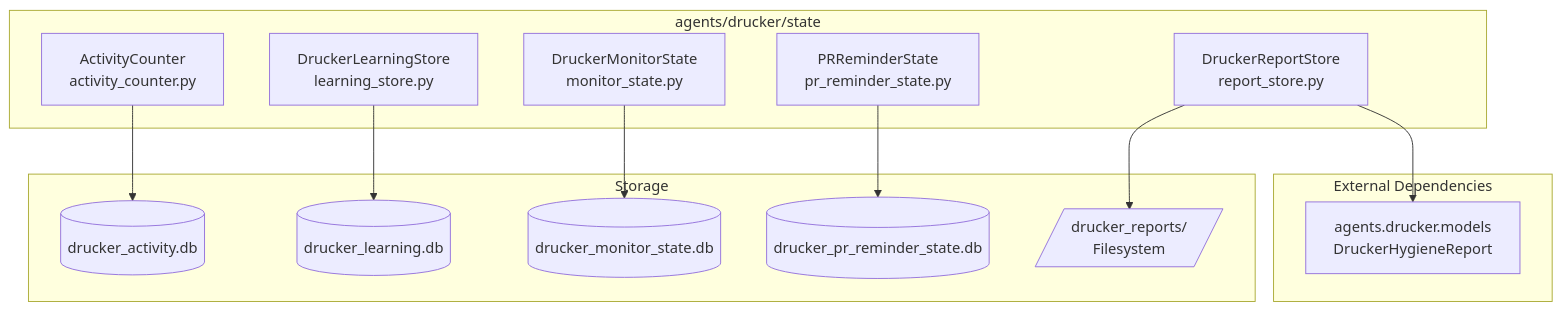
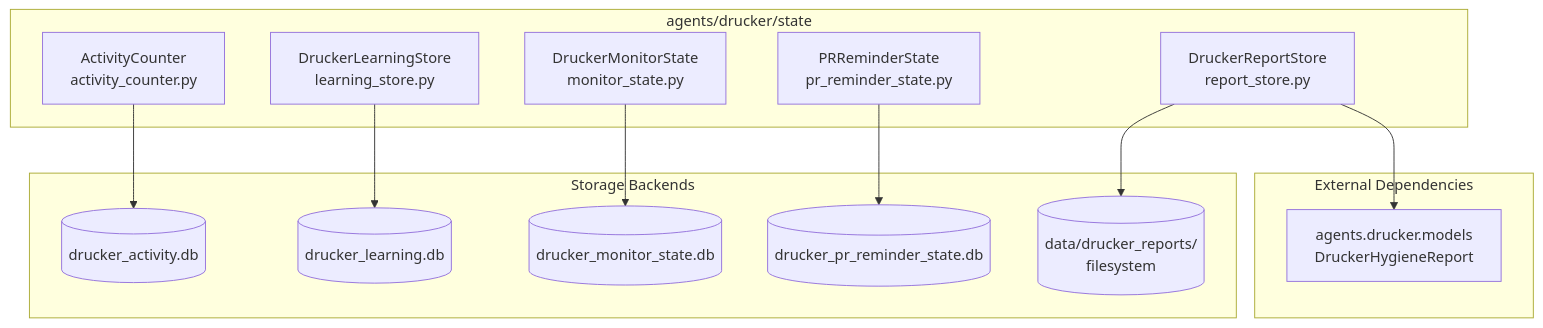
One commit to jmac-cornelis/agent-workforce changed the first of 4 diagrams in docs/agents-drucker-state.md. Above: the diagram before and after it, drawn with Mermaid. The commit also changed other lines of this file and 7 other files, not shown here.

````diff
--- a/docs/agents-drucker-state.md
+++ b/docs/agents-drucker-state.md
@@ -23,29 +25,29 @@
 ```mermaid
-graph TD
+graph TB
     subgraph "agents/drucker/state"
         AC[ActivityCounter<br/>activity_counter.py]
         LS[DruckerLearningStore<br/>learning_store.py]
         MS[DruckerMonitorState<br/>monitor_state.py]
         PRS[PRReminderState<br/>pr_reminder_state.py]
         RS[DruckerReportStore<br/>report_store.py]
     end
 
-    subgraph "Storage"
-        DB_ACT[(drucker_activity.db)]
-        DB_LEARN[(drucker_learning.db)]
-        DB_MON[(drucker_monitor_state.db)]
-        DB_PR[(drucker_pr_reminder_state.db)]
-        FS_REPORTS[/drucker_reports/\nFilesystem/]
+    subgraph "Storage Backends"
+        DB_AC[(drucker_activity.db)]
+        DB_LS[(drucker_learning.db)]
+        DB_MS[(drucker_monitor_state.db)]
+        DB_PRS[(drucker_pr_reminder_state.db)]
+        FS[("data/drucker_reports/<br/>filesystem")]
     end
 
     subgraph "External Dependencies"
-        MODELS[agents.drucker.models<br/>DruckerHygieneReport]
+        Models[agents.drucker.models<br/>DruckerHygieneReport]
     end
 
-    AC --> DB_ACT
-    LS --> DB_LEARN
-    MS --> DB_MON
-    PRS --> DB_PR
-    RS --> FS_REPORTS
-    RS --> MODELS
+    AC --> DB_AC
+    LS --> DB_LS
+    MS --> DB_MS
+    PRS --> DB_PRS
+    RS --> FS
+    RS --> Models
 ```
````
